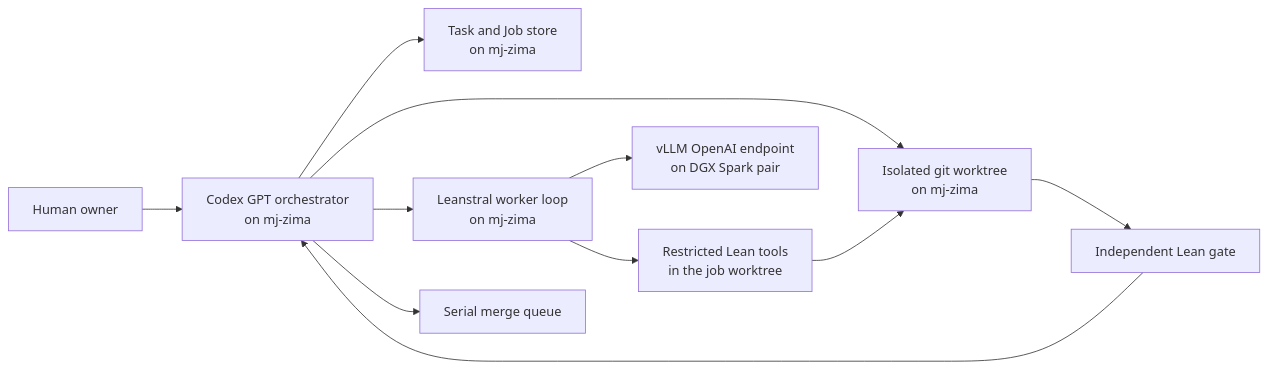
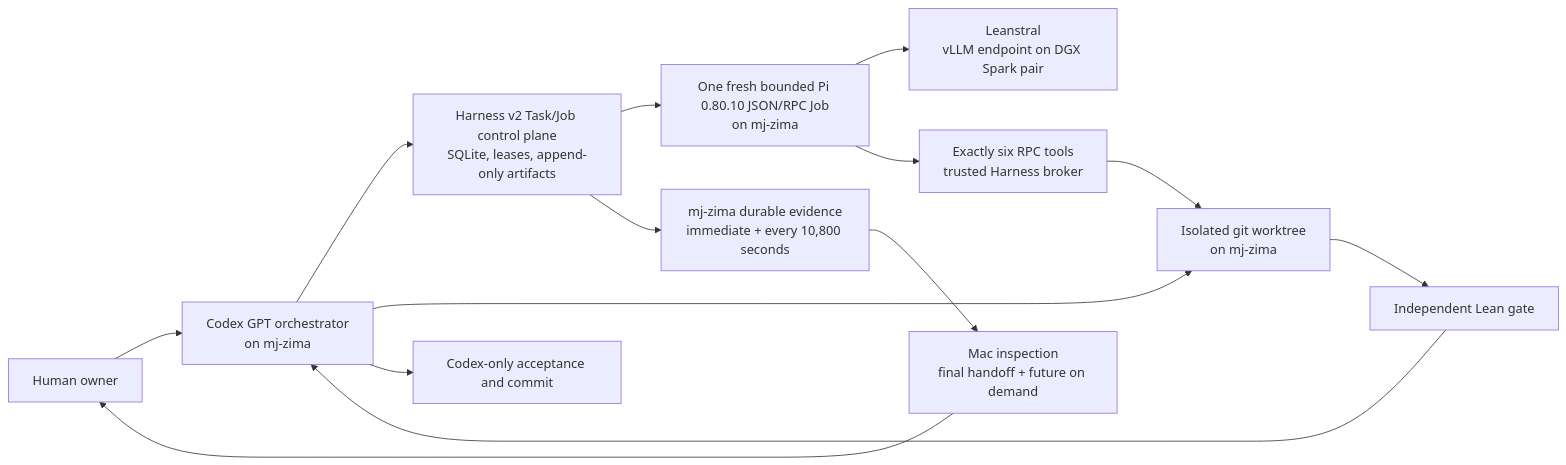
Before and after one commit to mjkang-estrella/poincare-lean: the diagram in harness/v2/SPEC.md, drawn with Mermaid. The commit also changed other lines of this file and 86 other files, not shown here.

Commit message:
Pivot Harness v2 jobs to bounded Pi

````diff
--- a/harness/v2/SPEC.md
+++ b/harness/v2/SPEC.md
@@ -17,13 +21,16 @@
 ```mermaid
 flowchart LR
   U["Human owner"] --> O["Codex GPT orchestrator\non mj-zima"]
-  O --> Q["Task and Job store\non mj-zima"]
+  O --> Q["Harness v2 Task/Job control plane\nSQLite, leases, append-only artifacts"]
+  Q --> P["One fresh bounded Pi 0.80.10 JSON/RPC Job\non mj-zima"]
+  P --> V["Leanstral\nvLLM endpoint on DGX Spark pair"]
+  P --> T["Exactly six RPC tools\ntrusted Harness broker"]
   O --> W["Isolated git worktree\non mj-zima"]
-  O --> R["Leanstral worker loop\non mj-zima"]
-  R --> V["vLLM OpenAI endpoint\non DGX Spark pair"]
-  R --> T["Restricted Lean tools\nin the job worktree"]
   T --> W
   W --> G["Independent Lean gate"]
   G --> O
-  O --> M["Serial merge queue"]
+  O --> M["Codex-only acceptance and commit"]
+  Q --> E["mj-zima durable evidence\nimmediate + every 10,800 seconds"]
+  E --> C["Mac inspection\nfinal handoff + future on demand"]
+  C --> U
 ```
````
